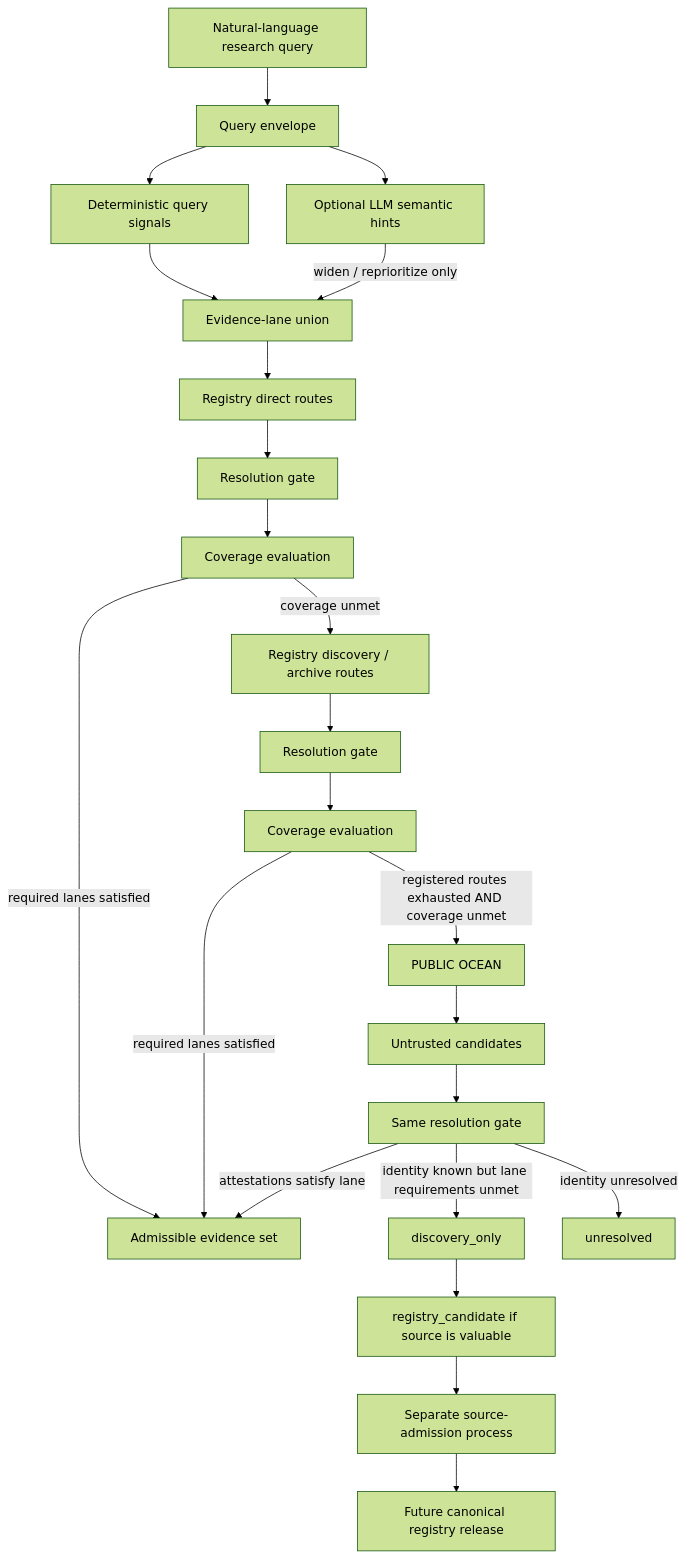
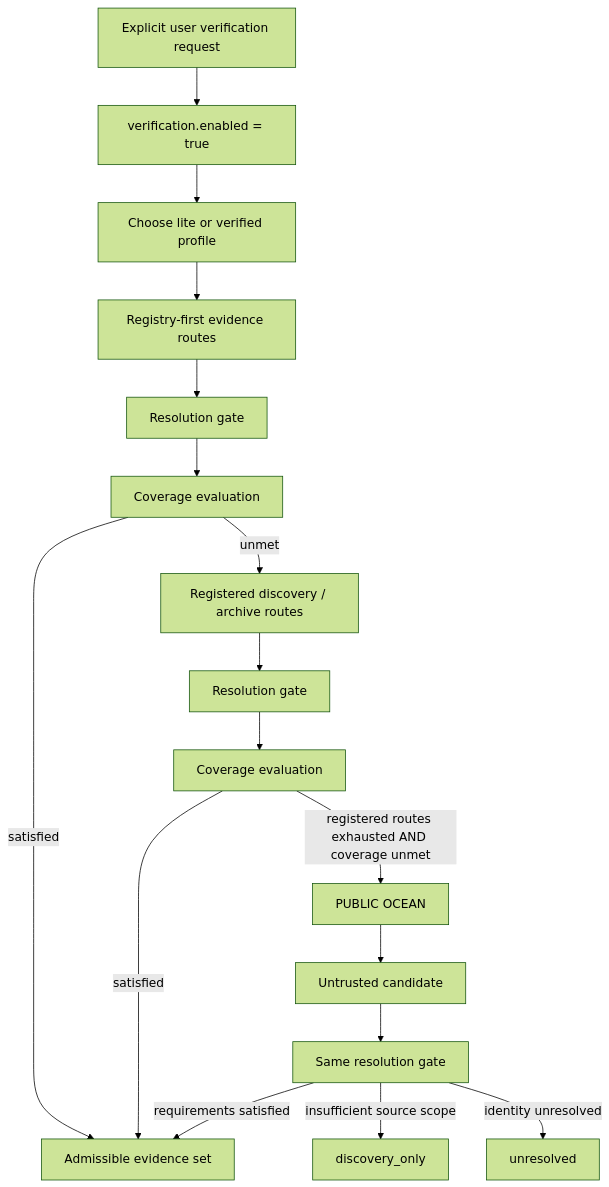
The second of 2 diagrams in RETRIEVAL_ROUTING.md (hoiyu915-droid/open-scholarly-sources), drawn with Mermaid (forest theme) before and after one commit. The commit also changed other lines of this file, not shown here.

Commit message:
Make source navigation the default LLM workflow

````diff
--- a/RETRIEVAL_ROUTING.md
+++ b/RETRIEVAL_ROUTING.md
@@ -33,29 +122,19 @@
 ```mermaid
 flowchart TD
-    Q[Natural-language research query] --> E[Query envelope]
-    E --> S[Deterministic query signals]
-    E --> H[Optional LLM semantic hints]
-    S --> L[Evidence-lane union]
-    H -->|widen / reprioritize only| L
-
-    L --> R1[Registry direct routes]
+    U[Explicit user verification request] --> V[verification.enabled = true]
+    V --> P[Choose lite or verified profile]
+    P --> R1[Registry-first evidence routes]
     R1 --> G1[Resolution gate]
     G1 --> C1[Coverage evaluation]
-    C1 -->|required lanes satisfied| A[Admissible evidence set]
-    C1 -->|coverage unmet| R2[Registry discovery / archive routes]
-
+    C1 -->|satisfied| A[Admissible evidence set]
+    C1 -->|unmet| R2[Registered discovery / archive routes]
     R2 --> G2[Resolution gate]
     G2 --> C2[Coverage evaluation]
-    C2 -->|required lanes satisfied| A
+    C2 -->|satisfied| A
     C2 -->|registered routes exhausted AND coverage unmet| O[PUBLIC OCEAN]
-
-    O --> P[Untrusted candidates]
-    P --> G3[Same resolution gate]
-    G3 -->|attestations satisfy lane| A
-    G3 -->|identity known but lane requirements unmet| D[discovery_only]
-    G3 -->|identity unresolved| U[unresolved]
-
-    D --> RC[registry_candidate if source is valuable]
-    RC --> ADM[Separate source-admission process]
-    ADM --> REG[Future canonical registry release]
+    O --> X[Untrusted candidate]
+    X --> G3[Same resolution gate]
+    G3 -->|requirements satisfied| A
+    G3 -->|insufficient source scope| D[discovery_only]
+    G3 -->|identity unresolved| N[unresolved]
 ```
````
